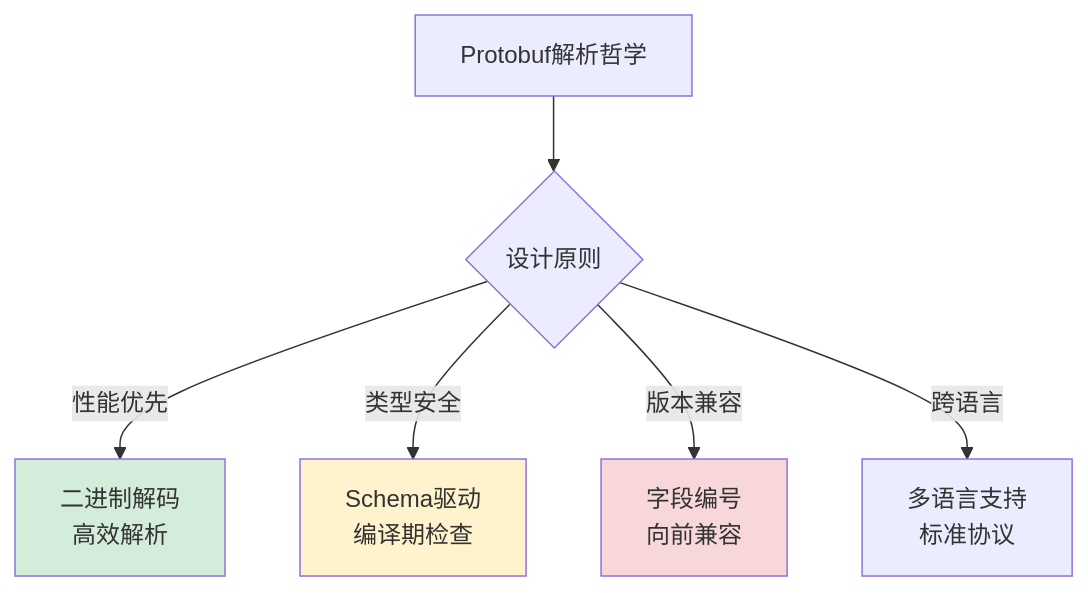
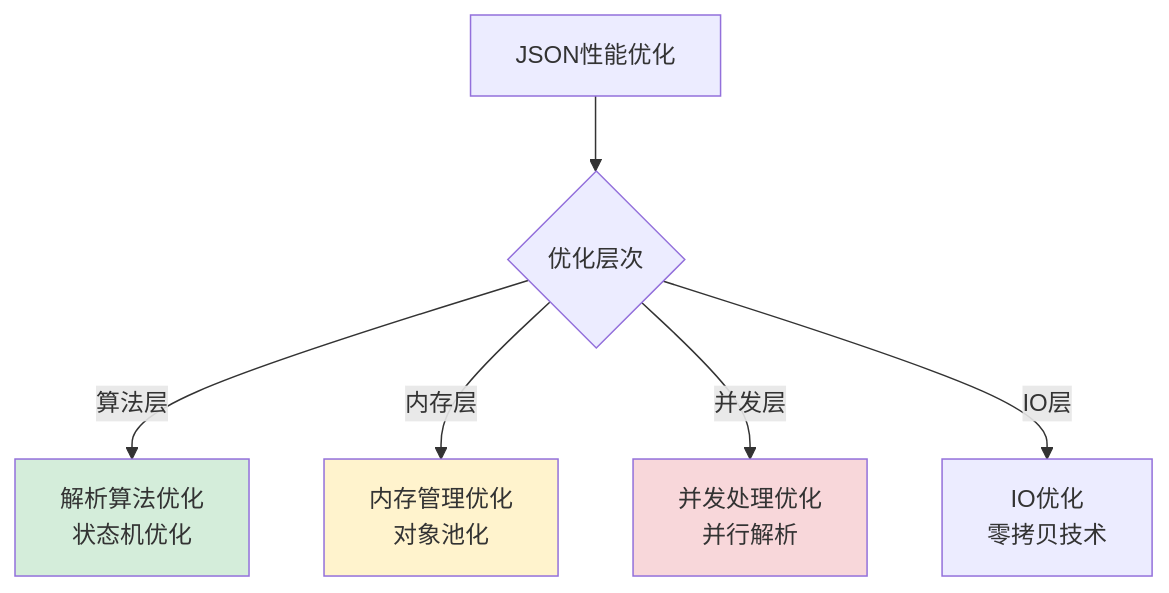
Diagram 18 of 31 in 00.通用技术的提升/02.程序编程原理/06.数据解析设计思想.md (chongyang211/YCBookBlog), drawn with Mermaid before and after one commit. The commit also changed other lines of this file and 5 other files, not shown here.

````diff
--- a/00.通用技术的提升/02.程序编程原理/06.数据解析设计思想.md
+++ b/00.通用技术的提升/02.程序编程原理/06.数据解析设计思想.md
@@ -744,12 +2102,12 @@
 ```mermaid
 graph TB
-    A[Protobuf解析哲学] --> B{设计原则}
-    B -->|性能优先| C[二进制解码<br/>高效解析]
-    B -->|类型安全| D[Schema驱动<br/>编译期检查]
-    B -->|版本兼容| E[字段编号<br/>向前兼容]
-    B -->|跨语言| F[多语言支持<br/>标准协议]
+    A[JSON性能优化] --> B{优化层次}
+    B -->|算法层| C[解析算法优化<br/>状态机优化]
+    B -->|内存层| D[内存管理优化<br/>对象池化]
+    B -->|并发层| E[并发处理优化<br/>并行解析]
+    B -->|IO层| F[IO优化<br/>零拷贝技术]
     
     style C fill:#d4edda
     style D fill:#fff3cd
     style E fill:#f8d7da
 ```
````
